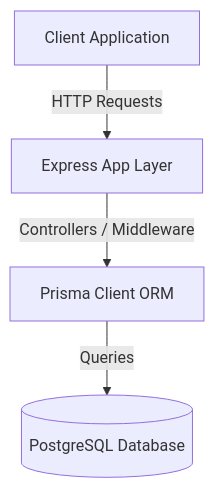
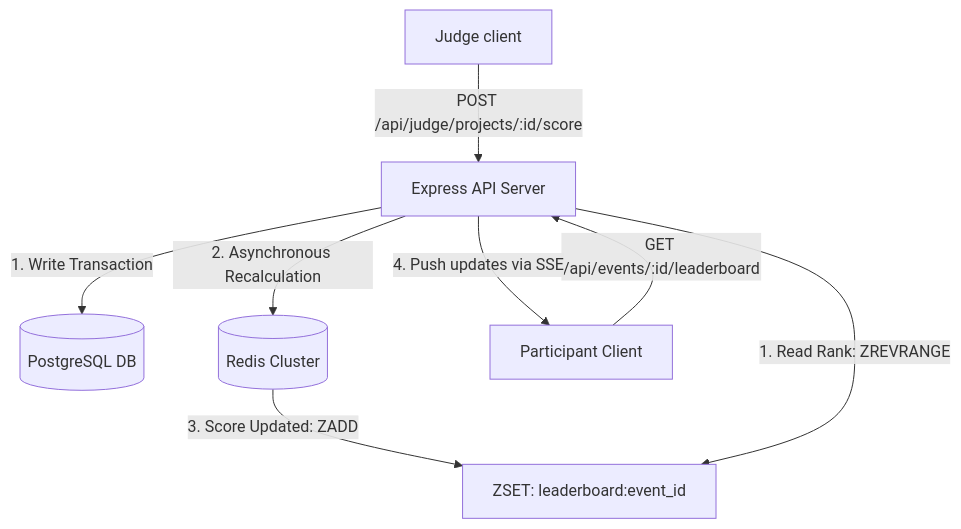
One commit to Saharshsingh1711/BeetleX changed the first of 3 diagrams in SYSTEM_DESIGN.md. Above: the diagram before and after it, drawn with Mermaid. The commit also changed other lines of this file, not shown here.

````diff
--- a/SYSTEM_DESIGN.md
+++ b/SYSTEM_DESIGN.md
@@ -7,6 +14,12 @@
 ```mermaid
-graph TD
-  Client[Client Application] -->|HTTP Requests| Express[Express App Layer]
-  Express -->|Controllers / Middleware| PrismaClient[Prisma Client ORM]
-  PrismaClient -->|Queries| DB[(PostgreSQL Database)]
+flowchart TD
+    Judge[Judge client] -->|POST /api/judge/projects/:id/score| Express[Express API Server]
+    Express -->|1. Write Transaction| PostgreSQL[(PostgreSQL DB)]
+    Express -->|2. Asynchronous Recalculation| Redis[(Redis Cluster)]
+    Redis -->|3. Score Updated: ZADD| ZSET[ZSET: leaderboard:event_id]
+    
+    Participant[Participant Client] -->|GET /api/events/:id/leaderboard| Express
+    Express -->|1. Read Rank: ZREVRANGE| ZSET
+    
+    Express -->|4. Push updates via SSE| Participant
 ```
````
